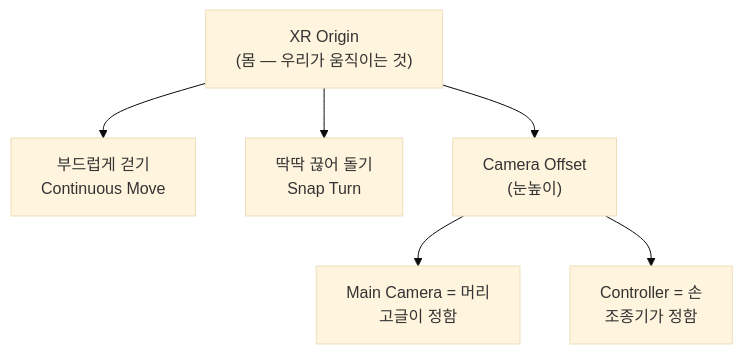
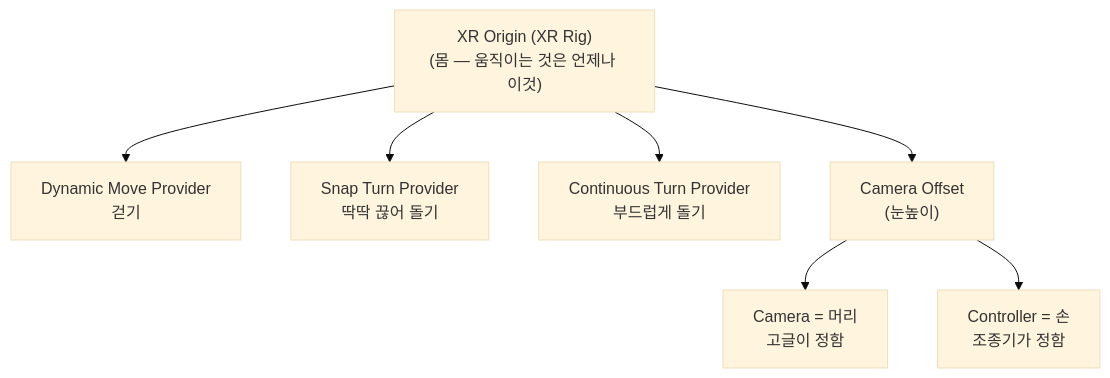
Before and after one commit to KooHoo-Dev/kdc-meta-verse-nocode-lecture: the third of 3 diagrams in Docs/1. NoCode/5. XR/29_xr_origin_locomotion_nocode.md, drawn with Mermaid (base theme). The commit also changed other lines of this file and 15 other files, not shown here.

````diff
--- a/Docs/1. NoCode/5. XR/29_xr_origin_locomotion_nocode.md
+++ b/Docs/1. NoCode/5. XR/29_xr_origin_locomotion_nocode.md
@@ -348,9 +394,10 @@
 ```mermaid
 flowchart TB
-    O["XR Origin<br/>(몸 — 우리가 움직이는 것)"]
-    O --> M["부드럽게 걷기<br/>Continuous Move"]
-    O --> T["딱딱 끊어 돌기<br/>Snap Turn"]
+    O["XR Origin (XR Rig)<br/>(몸 — 움직이는 것은 언제나 이것)"]
+    O --> M["Dynamic Move Provider<br/>걷기"]
+    O --> T["Snap Turn Provider<br/>딱딱 끊어 돌기"]
+    O --> T2["Continuous Turn Provider<br/>부드럽게 돌기"]
     O --> F["Camera Offset<br/>(눈높이)"]
-    F --> H["Main Camera = 머리<br/>고글이 정함"]
+    F --> H["Camera = 머리<br/>고글이 정함"]
     F --> LR["Controller = 손<br/>조종기가 정함"]
 ```
````
